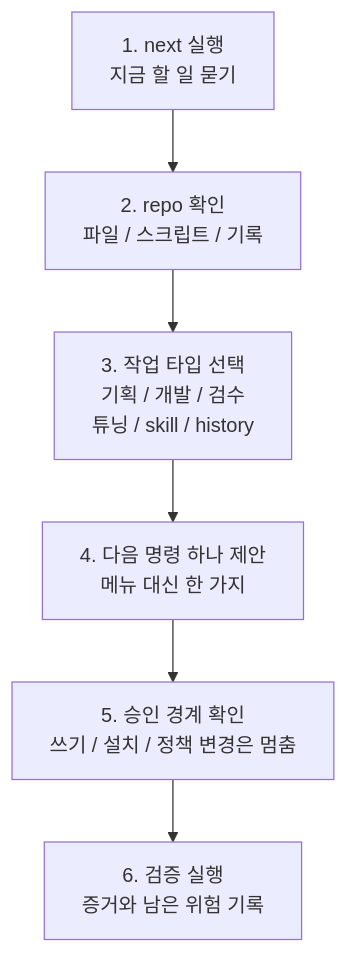
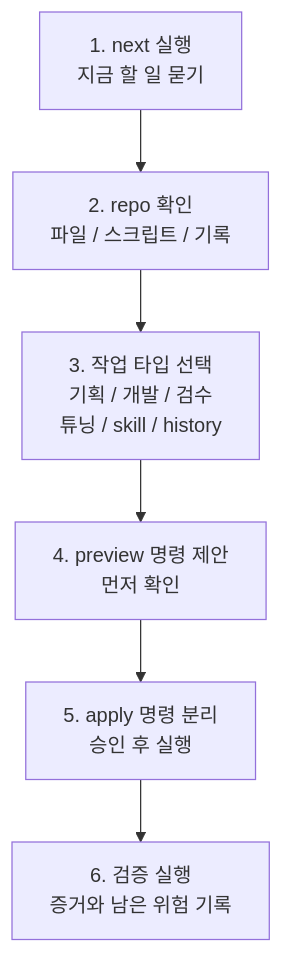
The diagram in README.md (youngtae7280/repo-harness-tuner), drawn with Mermaid before and after one commit. The commit also changed other lines of this file and 11 other files, not shown here.

Commit message:
Release v1.5.1 preview apply next UX

````diff
--- a/README.md
+++ b/README.md
@@ -43,8 +45,8 @@
 ```mermaid
 flowchart TD
     A["1. next 실행<br/>지금 할 일 묻기"] --> B["2. repo 확인<br/>파일 / 스크립트 / 기록"]
     B --> C["3. 작업 타입 선택<br/>기획 / 개발 / 검수<br/>튜닝 / skill / history"]
-    C --> D["4. 다음 명령 하나 제안<br/>메뉴 대신 한 가지"]
-    D --> E["5. 승인 경계 확인<br/>쓰기 / 설치 / 정책 변경은 멈춤"]
+    C --> D["4. preview 명령 제안<br/>먼저 확인"]
+    D --> E["5. apply 명령 분리<br/>승인 후 실행"]
     E --> F["6. 검증 실행<br/>증거와 남은 위험 기록"]
 ```
````
